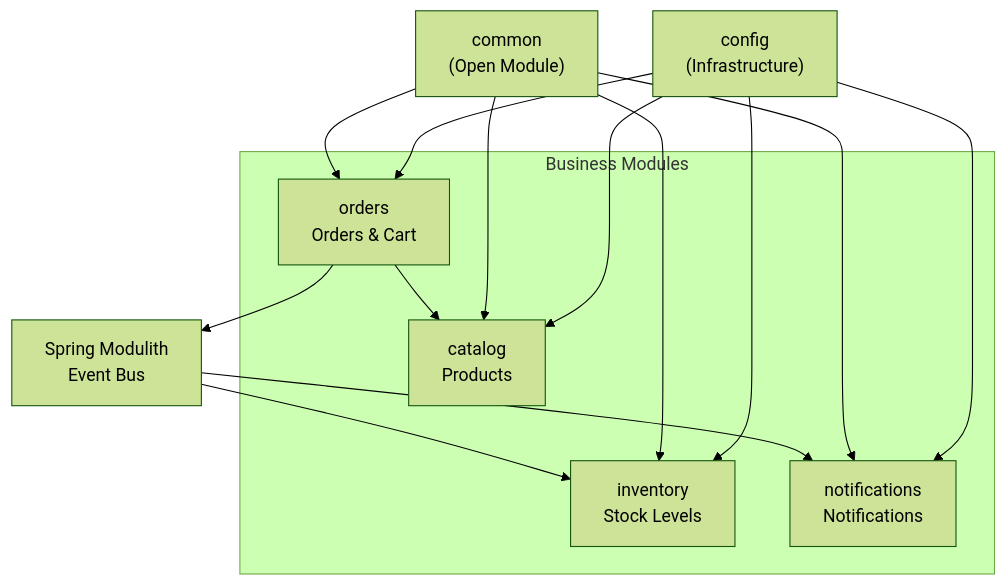
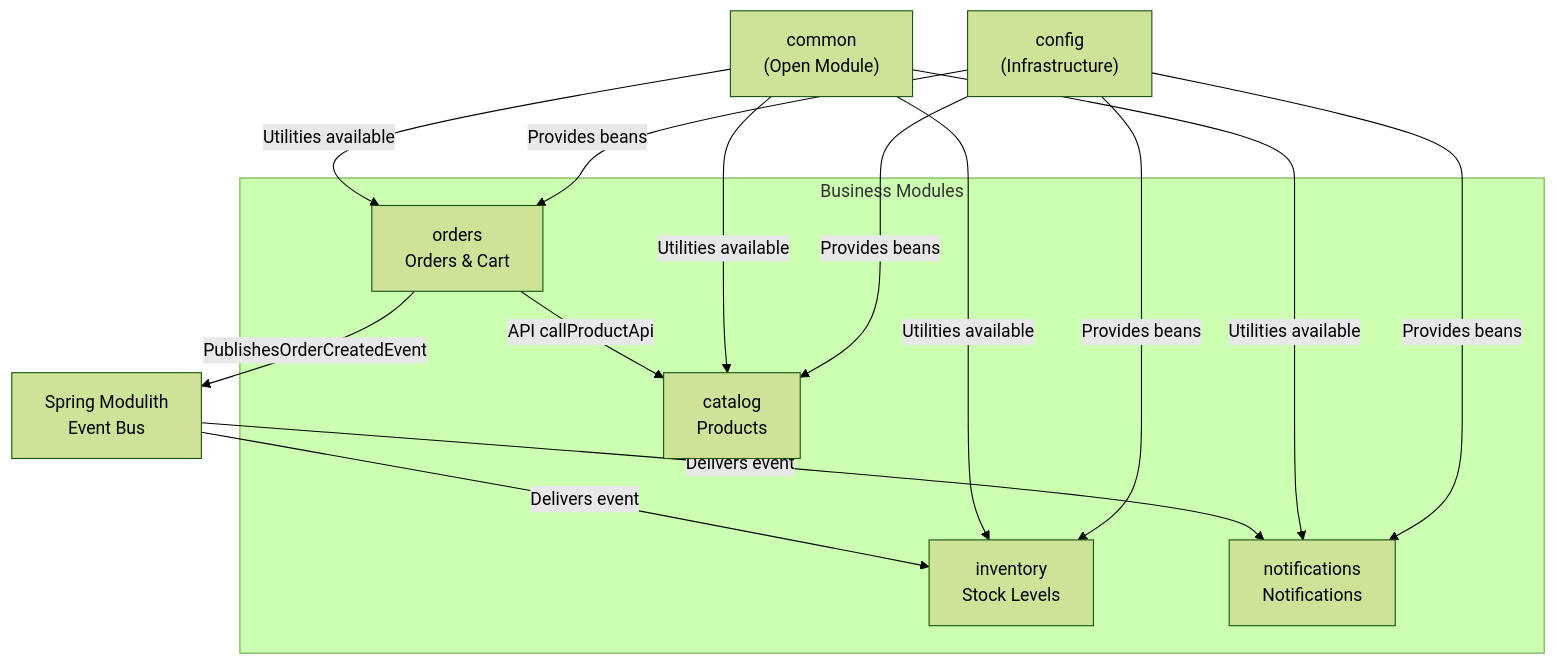
The ninth of 12 diagrams in docs/deepwiki/Module-Structure-and-Boundaries.md (philipz/spring-modular-monolith), drawn with Mermaid (forest theme) before and after one commit. The commit also changed other lines of this file and 55 other files, not shown here.

````diff
--- a/docs/deepwiki/Module-Structure-and-Boundaries.md
+++ b/docs/deepwiki/Module-Structure-and-Boundaries.md
@@ -688,31 +688,31 @@
 ```mermaid
 flowchart TD
 
 common["common<br>(Open Module)"]
 config["config<br>(Infrastructure)"]
 catalog["catalog<br>Products"]
 orders["orders<br>Orders & Cart"]
 inventory["inventory<br>Stock Levels"]
 notifications["notifications<br>Notifications"]
 EventBus["Spring Modulith<br>Event Bus"]
 
-config --> catalog
-config --> orders
-config --> inventory
-config --> notifications
-common --> catalog
-common --> orders
-common --> inventory
-common --> notifications
-orders --> EventBus
-EventBus --> inventory
-EventBus --> notifications
+config -->|"Provides beans"| catalog
+config -->|"Provides beans"| orders
+config -->|"Provides beans"| inventory
+config -->|"Provides beans"| notifications
+common -->|"Utilities available"| catalog
+common -->|"Utilities available"| orders
+common -->|"Utilities available"| inventory
+common -->|"Utilities available"| notifications
+orders -->|"PublishesOrderCreatedEvent"| EventBus
+EventBus -->|"Delivers event"| inventory
+EventBus -->|"Delivers event"| notifications
 
 subgraph subGraph0 ["Business Modules"]
     catalog
     orders
     inventory
     notifications
-    orders --> catalog
+    orders -->|"API callProductApi"| catalog
 end
 ```
````
